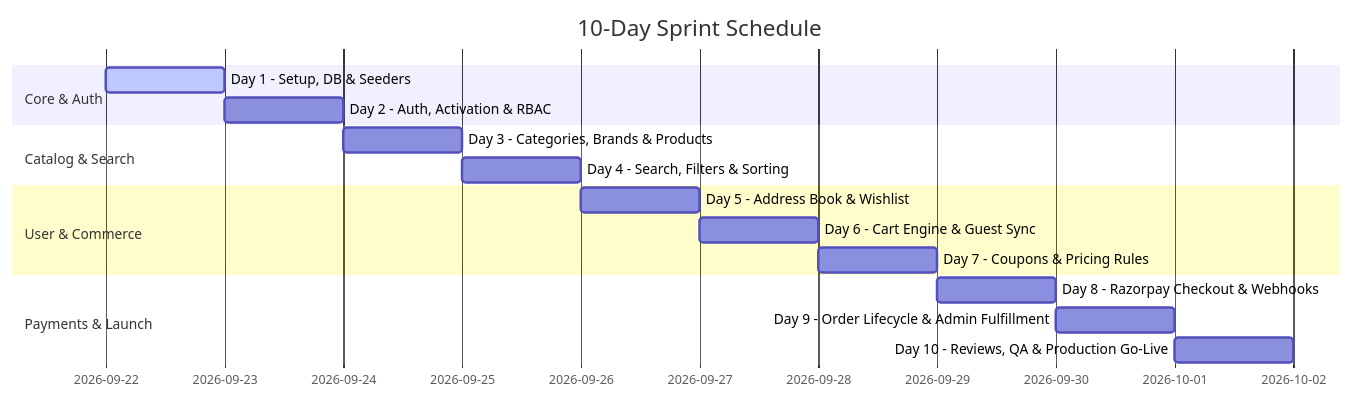
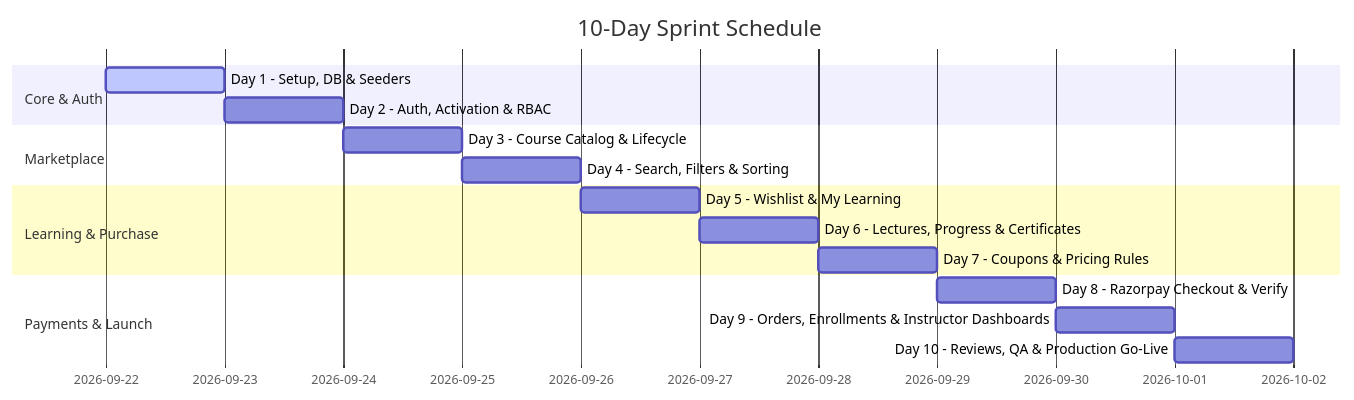
One commit to shashikunal/lms-backend changed the diagram in 10_DAYS_ROADMAP.md. Above: the diagram before and after it, drawn with Mermaid. The commit also changed other lines of this file and 139 other files, not shown here.

First line of the commit message:
feat: replace e-commerce APIs with LMS course marketplace

````diff
--- a/10_DAYS_ROADMAP.md
+++ b/10_DAYS_ROADMAP.md
@@ -13,19 +14,19 @@
 ```mermaid
 gantt
     title 10-Day Sprint Schedule
     dateFormat  YYYY-MM-DD
     section Core & Auth
     Day 1 - Setup, DB & Seeders       :active, d1, 2026-09-22, 1d
     Day 2 - Auth, Activation & RBAC  :d2, after d1, 1d
-    section Catalog & Search
-    Day 3 - Categories, Brands & Products :d3, after d2, 1d
+    section Marketplace
+    Day 3 - Course Catalog & Lifecycle :d3, after d2, 1d
     Day 4 - Search, Filters & Sorting     :d4, after d3, 1d
-    section User & Commerce
-    Day 5 - Address Book & Wishlist       :d5, after d4, 1d
-    Day 6 - Cart Engine & Guest Sync      :d6, after d5, 1d
+    section Learning & Purchase
+    Day 5 - Wishlist & My Learning       :d5, after d4, 1d
+    Day 6 - Lectures, Progress & Certificates :d6, after d5, 1d
     Day 7 - Coupons & Pricing Rules       :d7, after d6, 1d
     section Payments & Launch
-    Day 8 - Razorpay Checkout & Webhooks  :d8, after d7, 1d
-    Day 9 - Order Lifecycle & Admin Fulfillment :d9, after d8, 1d
+    Day 8 - Razorpay Checkout & Verify  :d8, after d7, 1d
+    Day 9 - Orders, Enrollments & Instructor Dashboards :d9, after d8, 1d
     Day 10 - Reviews, QA & Production Go-Live   :d10, after d9, 1d
 ```
````
